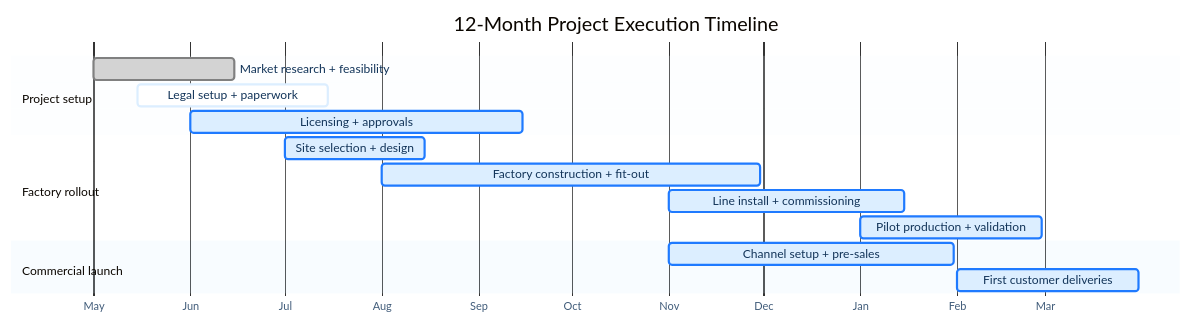
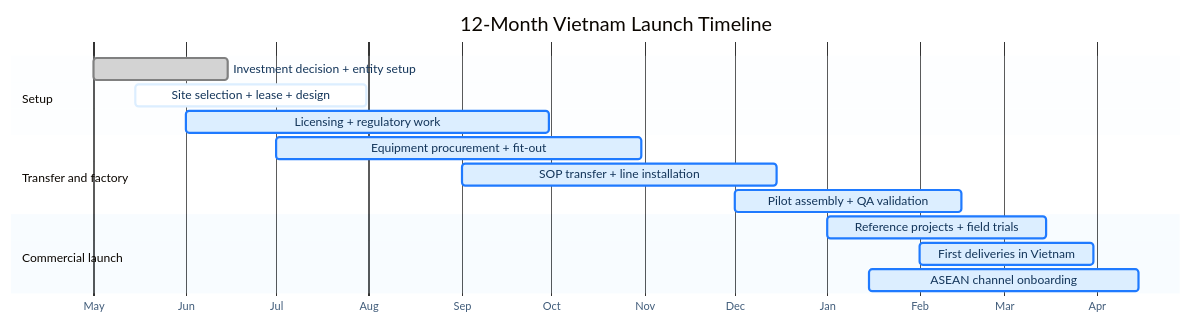
The diagram in slides.md (lovebmt/drone_plan), drawn with Mermaid before and after one commit. The commit also changed other lines of this file and 6 other files, not shown here.

````diff
--- a/slides.md
+++ b/slides.md
@@ -102,34 +102,34 @@
 ```mermaid
 %%{init: {
   'theme': 'base',
   'themeVariables': {
     'fontFamily': 'Manrope',
     'fontSize': '22px',
     'primaryColor': '#DCEEFF',
     'primaryTextColor': '#123459',
     'primaryBorderColor': '#1F7AFF',
     'lineColor': '#8FB9E8',
     'tertiaryColor': '#F4F9FF',
     'textColor': '#123459'
   }
 }}%%
 gantt
-    title 12-Month Project Execution Timeline
+    title 12-Month Vietnam Launch Timeline
     dateFormat  YYYY-MM-DD
     axisFormat  %b
     tickInterval 1month
-    section Project setup
-    Market research + feasibility   :done, research, 2026-05-01, 2026-06-15
-    Legal setup + paperwork         :active, paperwork, 2026-05-15, 2026-07-15
-    Licensing + approvals           :permit, 2026-06-01, 2026-09-15
+    section Setup
+    Investment decision + entity setup :done, entity, 2026-05-01, 2026-06-15
+    Site selection + lease + design    :active, site, 2026-05-15, 2026-07-31
+    Licensing + regulatory work         :permit, 2026-06-01, 2026-09-30
 
-    section Factory rollout
-    Site selection + design         :site, 2026-07-01, 2026-08-15
-    Factory construction + fit-out  :build, 2026-08-01, 2026-11-30
-    Line install + commissioning    :commission, 2026-11-01, 2027-01-15
-    Pilot production + validation   :pilot, 2027-01-01, 2027-02-28
+    section Transfer and factory
+    Equipment procurement + fit-out     :equip, 2026-07-01, 2026-10-31
+    SOP transfer + line installation    :install, 2026-09-01, 2026-12-15
+    Pilot assembly + QA validation      :pilot, 2026-12-01, 2027-02-15
 
     section Commercial launch
-    Channel setup + pre-sales       :salesprep, 2026-11-01, 2027-01-31
-    First customer deliveries       :delivery, 2027-02-01, 2027-03-31
+    Reference projects + field trials   :trial, 2027-01-01, 2027-03-15
+    First deliveries in Vietnam         :delivery, 2027-02-01, 2027-03-31
+    ASEAN channel onboarding            :channel, 2027-01-15, 2027-04-15
 ```
````
